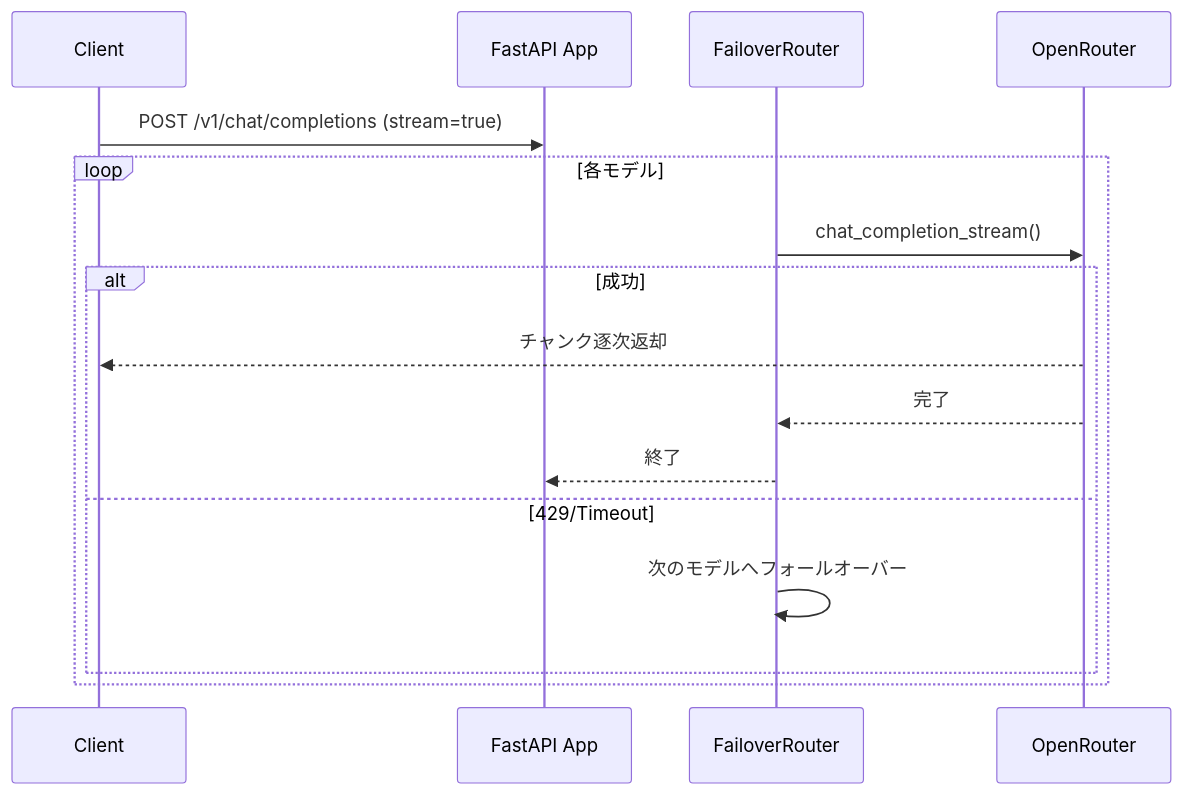
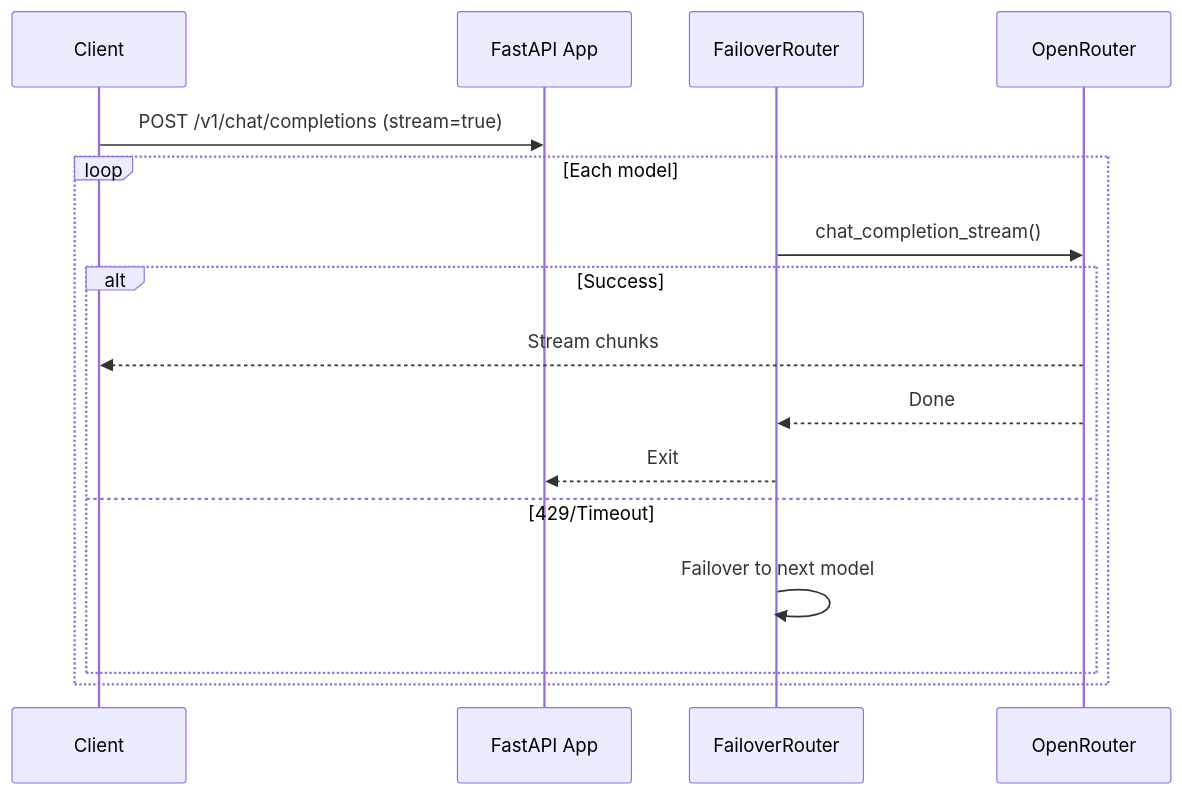
The third of 4 diagrams in docs/how-it-works.md (tokkkie/free-model-router), drawn with Mermaid before and after one commit. The commit also changed other lines of this file and 3 other files, not shown here.

````diff
--- a/docs/how-it-works.md
+++ b/docs/how-it-works.md
@@ -102,20 +102,20 @@
 ```mermaid
 sequenceDiagram
     participant Client as Client
     participant App as FastAPI App
     participant FR as FailoverRouter
     participant OR as OpenRouter
 
     Client->>App: POST /v1/chat/completions (stream=true)
 
-    loop 各モデル
+    loop Each model
         FR->>OR: chat_completion_stream()
-        alt 成功
-            OR-->>Client: チャンク逐次返却
-            OR-->>FR: 完了
-            FR-->>App: 終了
+        alt Success
+            OR-->>Client: Stream chunks
+            OR-->>FR: Done
+            FR-->>App: Exit
         else 429/Timeout
-            FR->>FR: 次のモデルへフォールオーバー
+            FR->>FR: Failover to next model
         end
     end
 ```
````
